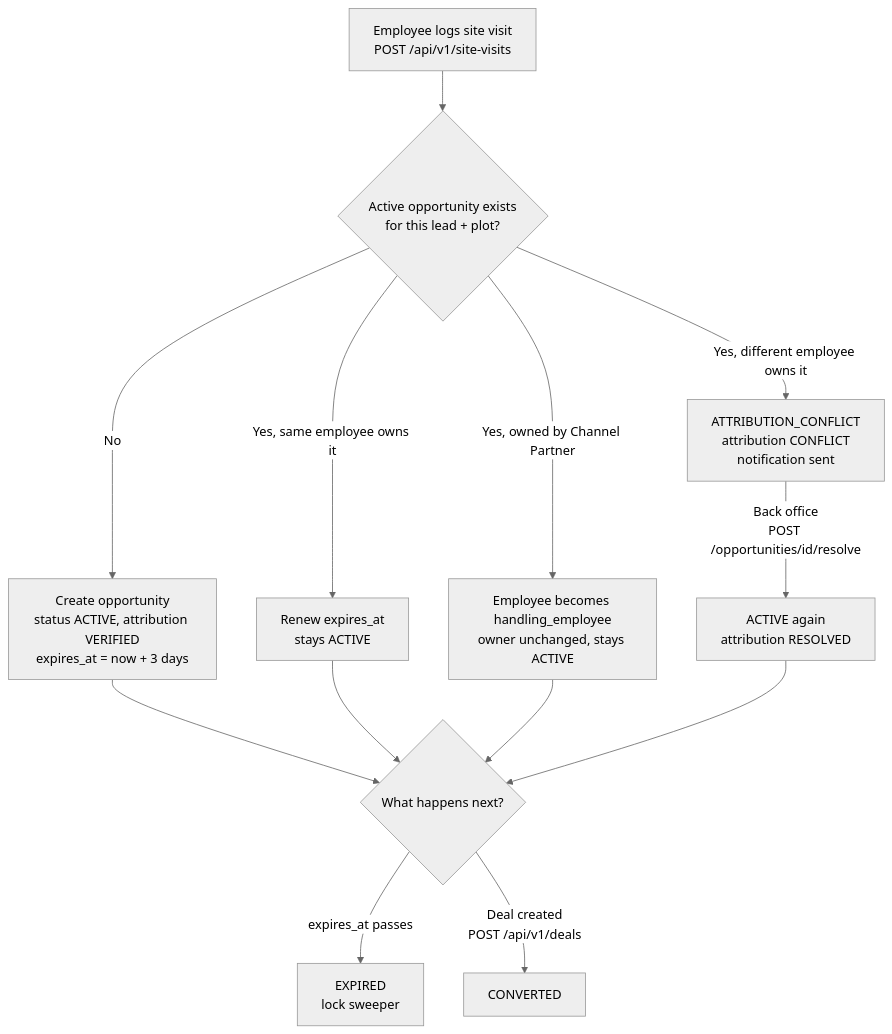
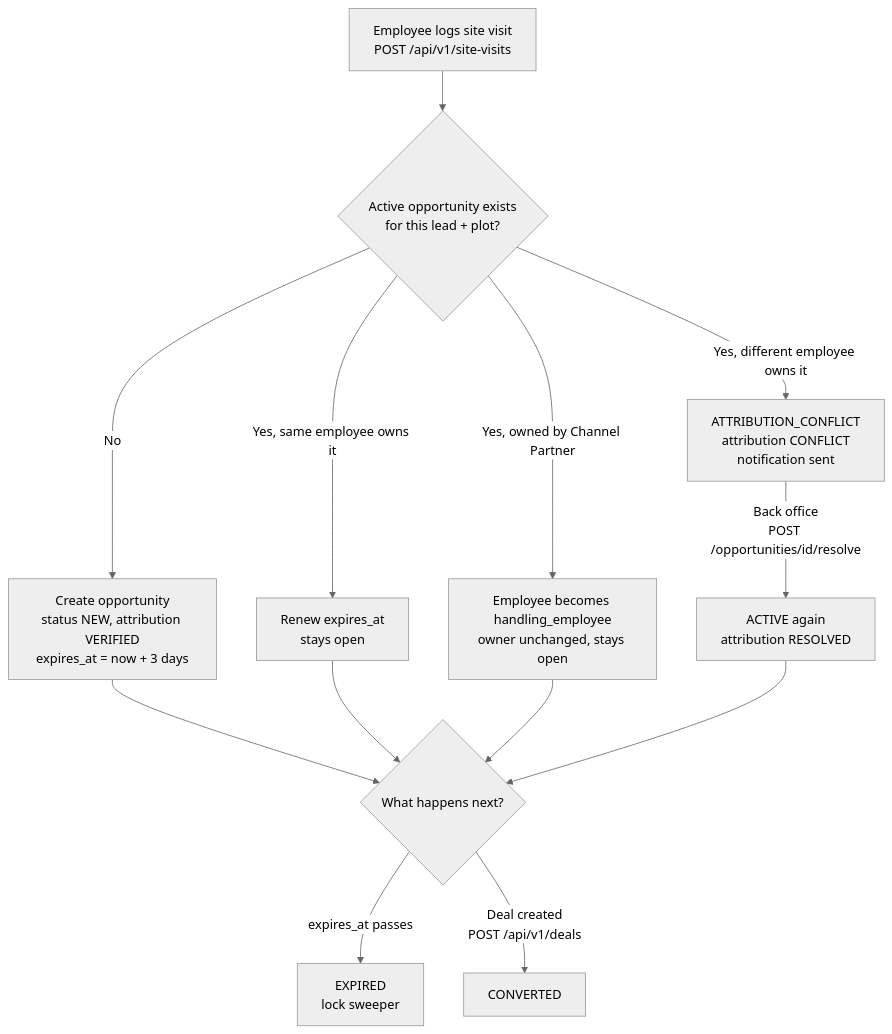
The diagram in FRONTEND_OPPORTUNITIES_API_SPEC.md (vansh187/divine-employee-backend), drawn with Mermaid (neutral theme) before and after one commit. The commit also changed other lines of this file and 14 other files, not shown here.

````diff
--- a/FRONTEND_OPPORTUNITIES_API_SPEC.md
+++ b/FRONTEND_OPPORTUNITIES_API_SPEC.md
@@ -145,15 +152,15 @@
 ```mermaid
 flowchart TD
     A[Employee logs site visit<br/>POST /api/v1/site-visits] --> B{Active opportunity exists<br/>for this lead + plot?}
-    B -- No --> C[Create opportunity<br/>status ACTIVE, attribution VERIFIED<br/>expires_at = now + 3 days]
-    B -- "Yes, same employee owns it" --> D[Renew expires_at<br/>stays ACTIVE]
-    B -- "Yes, owned by Channel Partner" --> E[Employee becomes handling_employee<br/>owner unchanged, stays ACTIVE]
+    B -- No --> C[Create opportunity<br/>status NEW, attribution VERIFIED<br/>expires_at = now + 3 days]
+    B -- "Yes, same employee owns it" --> D[Renew expires_at<br/>stays open]
+    B -- "Yes, owned by Channel Partner" --> E[Employee becomes handling_employee<br/>owner unchanged, stays open]
     B -- "Yes, different employee owns it" --> F[ATTRIBUTION_CONFLICT<br/>attribution CONFLICT<br/>notification sent]
     C --> G{What happens next?}
     D --> G
     E --> G
     G -- "expires_at passes" --> H[EXPIRED<br/>lock sweeper]
     G -- "Deal created<br/>POST /api/v1/deals" --> I[CONVERTED]
     F -- "Back office<br/>POST /opportunities/id/resolve" --> J[ACTIVE again<br/>attribution RESOLVED]
     J --> G
 ```
````
